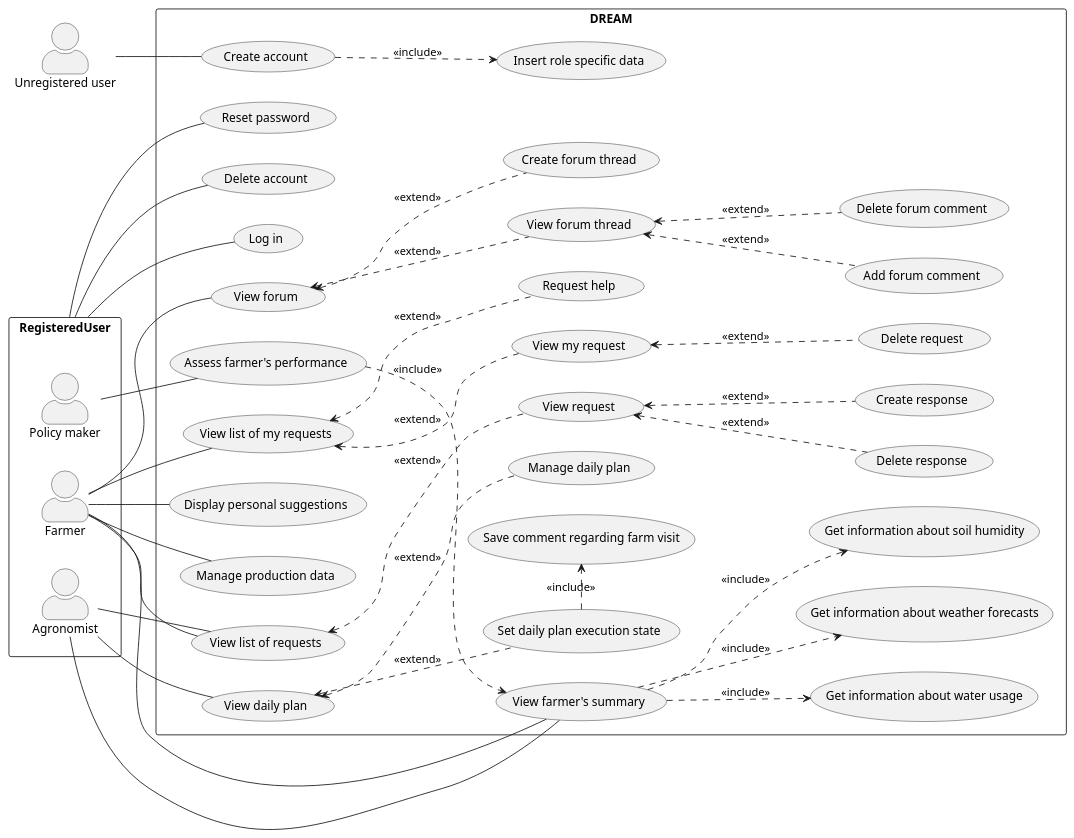
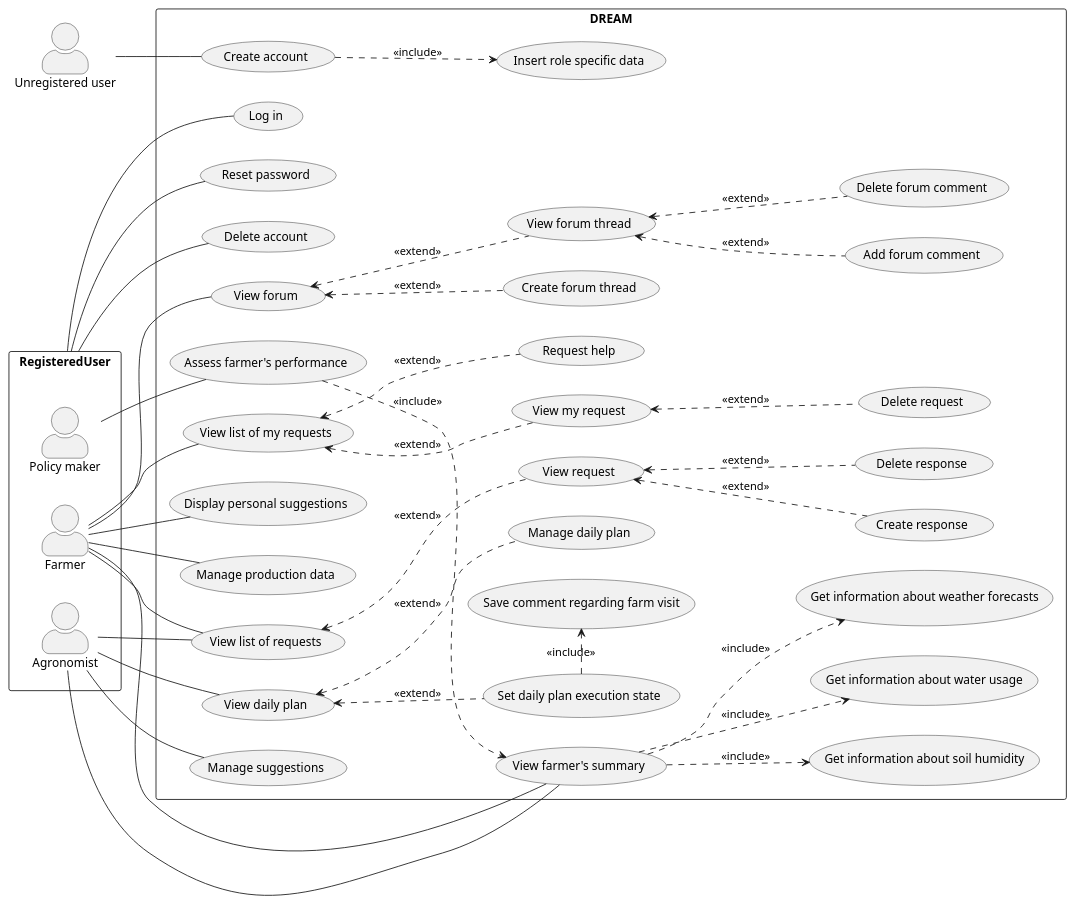
One commit to Astenna/DREAM changed the diagram in RASD/uml/uc.puml. Above: the diagram before and after it, drawn with PlantUML. The commit also changed 1 other file, not shown here.

Commit message:
Class UC diagram changes

```diff
--- a/RASD/uml/uc.puml
+++ b/RASD/uml/uc.puml
@@ -1,77 +1,78 @@
 @startuml Use case
 left to right direction
 skinparam packageStyle rectangle
 skinparam actorStyle awesome
 
 ' skinparam linetype polyline
 ' skinparam linetype ortho
 
 'Primary - should be on the left side
 actor :Unregistered user: as UnregUser
 
 package RegisteredUser {
     actor :Policy maker: as PolMaker
     actor :Farmer:
     actor :Agronomist:
 }
 
 ' 'Secondary - should be on the right side
 ' package ExternalSystem {
 '     actor :WeatherForecastSystem:
 '     actor :WaterIrrigationSystem:
 '     actor :SensorSystem:
 ' }
 
 'visualisations - less details or additional phenomenas? as in lower diagram
 'there are MANY missing phenomenas, that can be deducted from UC
 'about SP: which is better?? - maybe a question to tamburri
 '   "The system visualizes data ... for argonomist"
 '   "The system visualizes data ..."
 '   "Agronomist visualizes data"
 rectangle DREAM {
     '''''''''''Common'''''''''''
     RegisteredUser -- (Log in)
     RegisteredUser -- (Reset password)
     RegisteredUser -- (Delete account)
     UnregUser -- (Create account)
     ' PolMaker -- (Log in)
     ' Agronomist -- (Log in)
     (Create account) ..> (Insert role specific data) : <<include>>
 
     '''''''''''Farmer'''''''''''
     ' Farmer -- (Log in)
     Farmer -- (View farmer's summary)
     (View farmer's summary) ..> (Get information about weather forecasts) : <<include>>
     (View farmer's summary) ..> (Get information about soil humidity) : <<include>>
     (View farmer's summary) ..> (Get information about water usage) : <<include>>
     Farmer -- (Display personal suggestions)
     Farmer -- (Manage production data)
     Farmer -- (View forum)
     (View forum) <.. (Create forum thread) : <<extend>>
     (View forum) <.. (View forum thread) : <<extend>>
     (View forum thread) <.. (Delete forum comment) : <<extend>>
     (View forum thread) <.. (Add forum comment) : <<extend>>
     (View list of my requests) <.. (Request help) : <<extend>>
     (View list of my requests) <.. (View my request) : <<extend>>
     Farmer -- (View list of requests)
     Farmer -- (View list of my requests)
     (View my request) <.. (Delete request) : <<extend>>
 
     '''''''''''Agronomist'''''''''''
     Agronomist -- (View farmer's summary)
     Agronomist -- (View list of requests)
+    Agronomist -- (Manage suggestions)
     (View list of requests) <.. (View request) : <<extend>>
     (View request) <.. (Create response) : <<extend>>
     (View request) <.. (Delete response) : <<extend>>
     Agronomist -- (View daily plan)
     (View daily plan) <.. (Manage daily plan) : <<extend>>
     (View daily plan) <.. (Set daily plan execution state) : <<extend>>
     (Set daily plan execution state) .> (Save comment regarding farm visit) : <<include>>
 
     '''''''''''Policy maker'''''''''''
     PolMaker -- (Assess farmer's performance)
     ' PolMaker -- (View list of requests)
     (Assess farmer's performance) ..> (View farmer's summary) : <<include>>
 }
 
 @enduml
```
